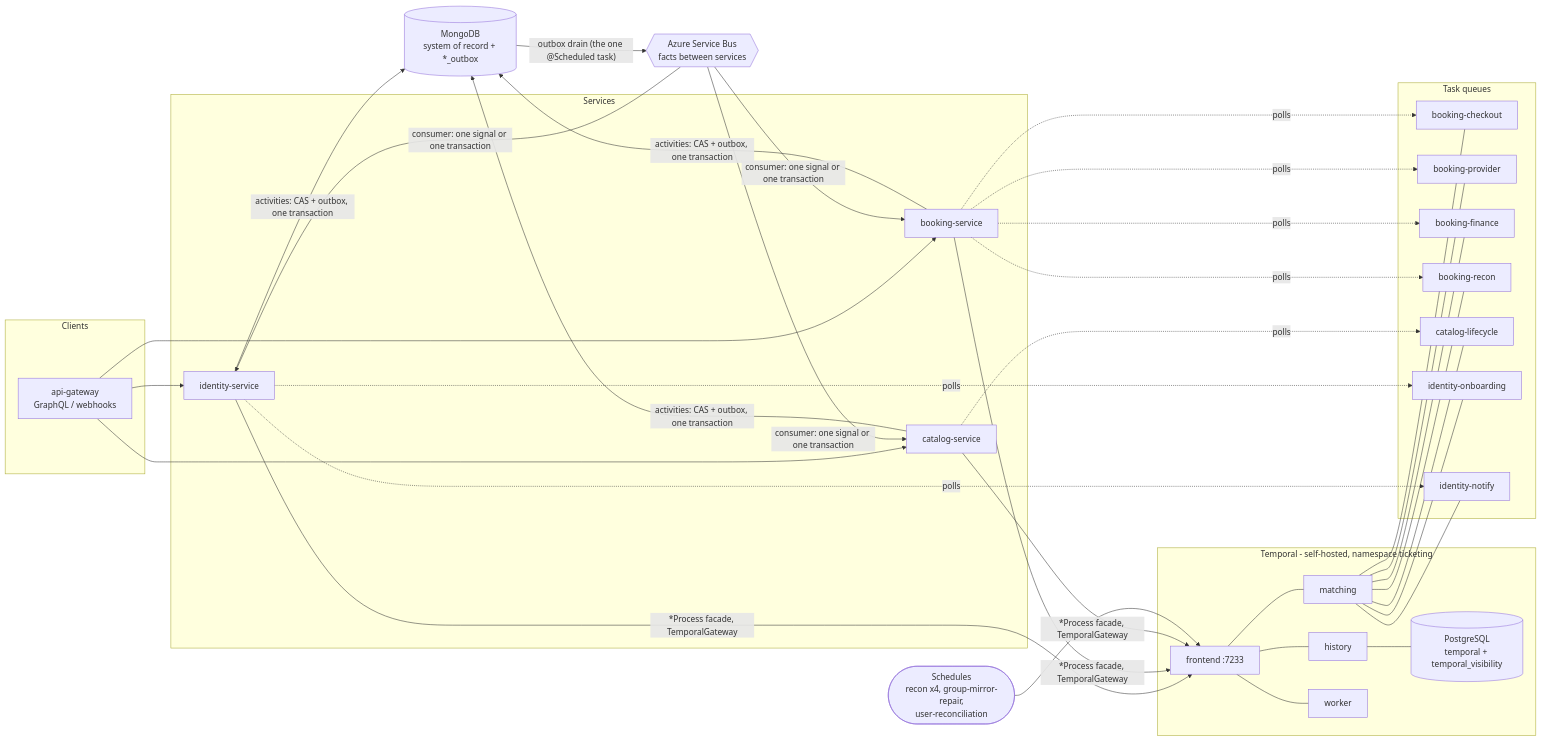
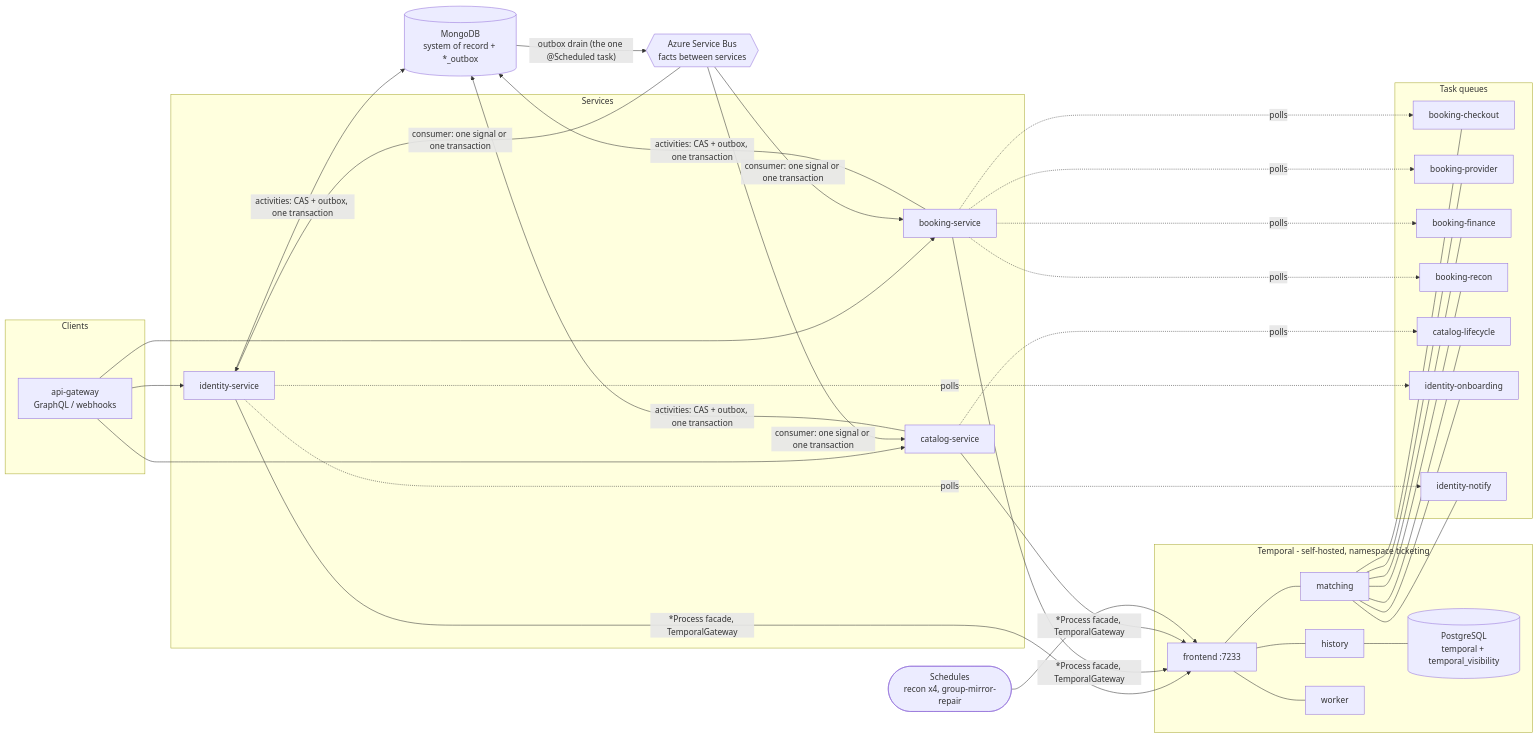
The diagram in docs/architecture/DURABLE_EXECUTION.md (Lsinkololwe/ticketing-system), drawn with Mermaid before and after one commit. The commit also changed other lines of this file and 426 other files, not shown here.

````diff
--- a/docs/architecture/DURABLE_EXECUTION.md
+++ b/docs/architecture/DURABLE_EXECUTION.md
@@ -10,47 +10,47 @@
 ```mermaid
 flowchart LR
   subgraph Clients
     GW[api-gateway<br/>GraphQL / webhooks]
   end
 
   subgraph Services
     ID[identity-service]
     BK[booking-service]
     CT[catalog-service]
   end
 
   subgraph TemporalLayer[Temporal - self-hosted, namespace ticketing]
     FE[frontend :7233]
     HI[history]
     MA[matching]
     WK[worker]
     PG[(PostgreSQL<br/>temporal + temporal_visibility)]
     FE --- HI & MA & WK
     HI --- PG
   end
 
   subgraph TQ[Task queues]
     Q1[booking-checkout]
     Q2[booking-provider]
     Q3[booking-finance]
     Q4[booking-recon]
     Q5[catalog-lifecycle]
     Q6[identity-onboarding]
     Q7[identity-notify]
   end
 
   MDB[(MongoDB<br/>system of record + *_outbox)]
   SB{{Azure Service Bus<br/>facts between services}}
-  SCH([Schedules<br/>recon x4, group-mirror-repair,<br/>user-reconciliation])
+  SCH([Schedules<br/>recon x4, group-mirror-repair])
 
   GW --> ID & BK & CT
   ID & BK & CT -- "*Process facade, TemporalGateway" --> FE
   SCH --> FE
   MA --- Q1 & Q2 & Q3 & Q4 & Q5 & Q6 & Q7
   BK -. polls .-> Q1 & Q2 & Q3 & Q4
   CT -. polls .-> Q5
   ID -. polls .-> Q6 & Q7
   ID & BK & CT -- "activities: CAS + outbox, one transaction" --> MDB
   MDB -- "outbox drain (the one @Scheduled task)" --> SB
   SB -- "consumer: one signal or one transaction" --> ID & BK & CT
 ```
````
